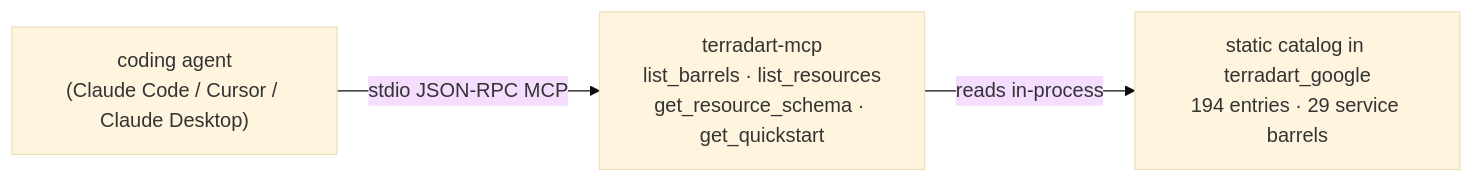
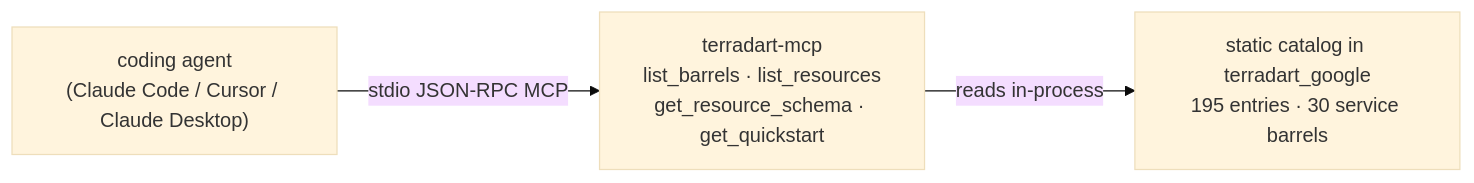
The diagram in website/src/content/docs/docs/agent/index.md (nozomi-koborinai/terradart), drawn with Mermaid (base theme) before and after one commit. The commit also changed other lines of this file and 56 other files, not shown here.

````diff
--- a/website/src/content/docs/docs/agent/index.md
+++ b/website/src/content/docs/docs/agent/index.md
@@ -12,8 +12,8 @@
 ```mermaid
 graph LR
   agent["coding agent<br/>(Claude Code / Cursor / Claude Desktop)"]
   mcp["terradart-mcp<br/>list_barrels · list_resources<br/>get_resource_schema · get_quickstart"]
-  catalog["static catalog in terradart_google<br/>194 entries · 29 service barrels"]
+  catalog["static catalog in terradart_google<br/>195 entries · 30 service barrels"]
   agent -->|stdio JSON-RPC MCP| mcp
   mcp -->|reads in-process| catalog
 ```
````
